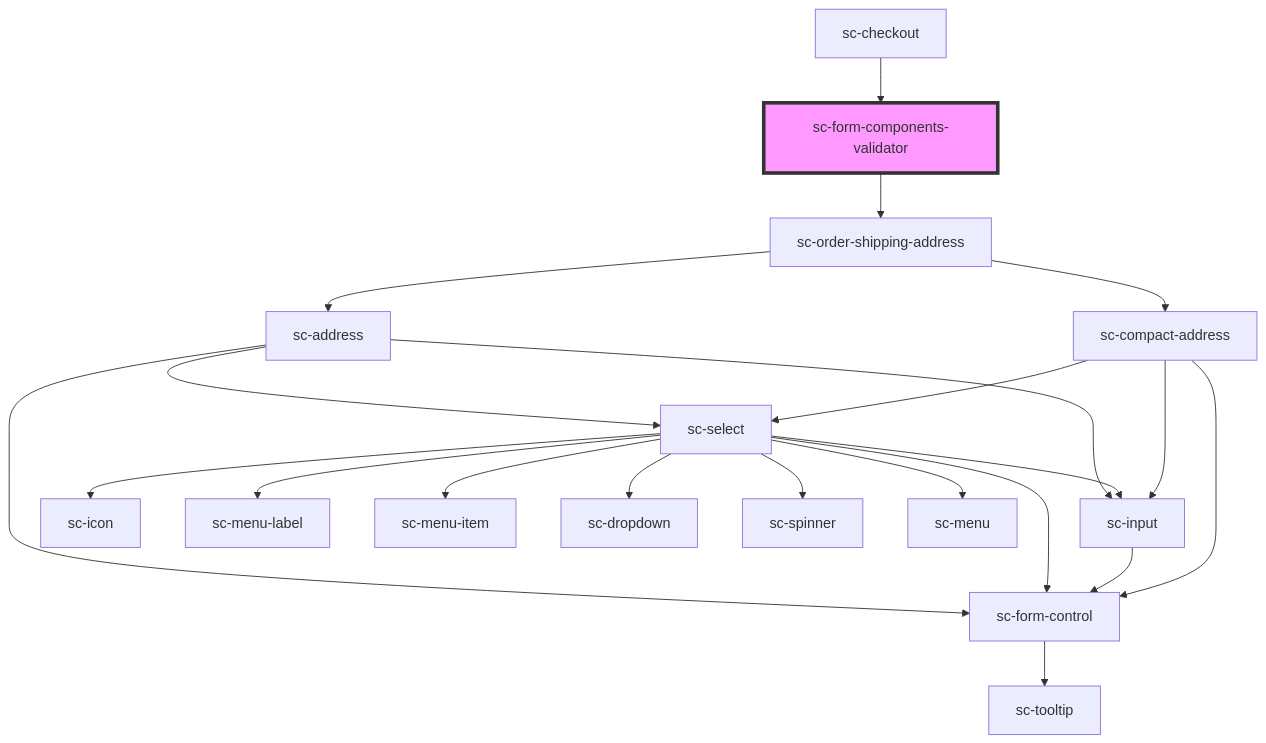
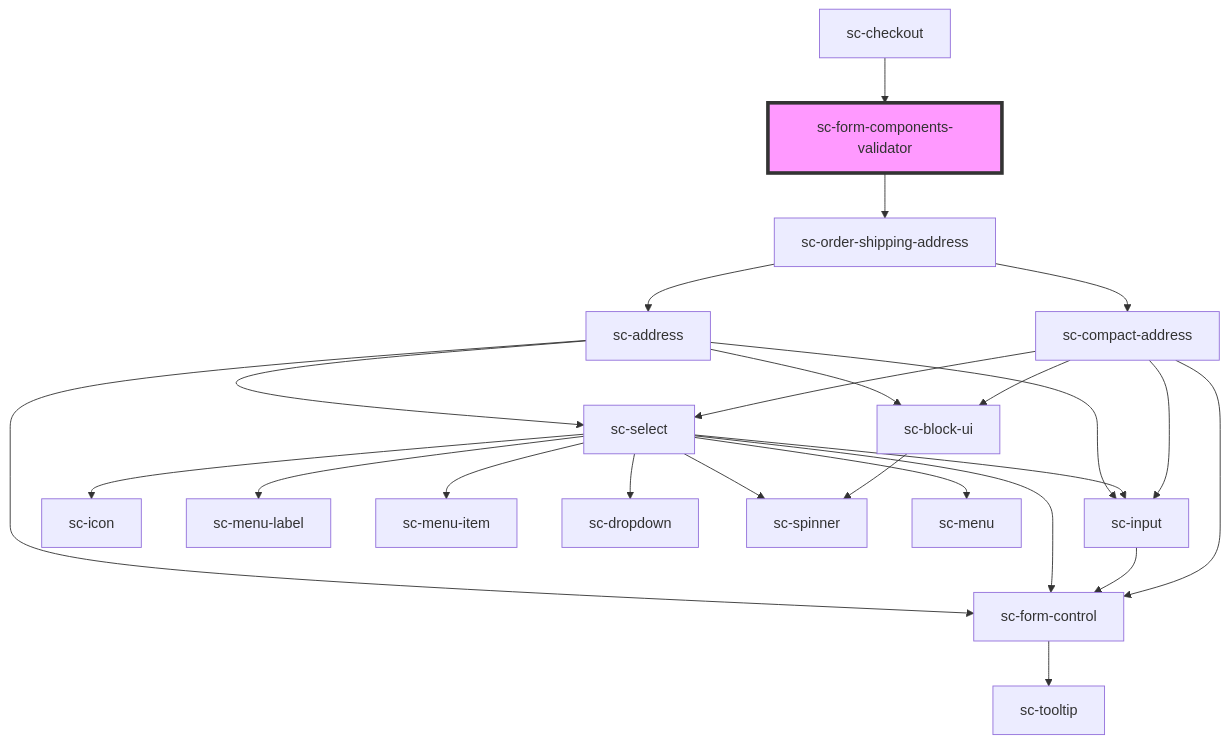
The diagram in packages/components/src/components/providers/form-components-validator/readme.md (surecart/surecart-wp-plugin), drawn with Mermaid before and after one commit. The commit also changed 13 other files, not shown here.

````diff
--- a/packages/components/src/components/providers/form-components-validator/readme.md
+++ b/packages/components/src/components/providers/form-components-validator/readme.md
@@ -28,24 +28,27 @@
 ```mermaid
 graph TD;
   sc-form-components-validator --> sc-order-shipping-address
   sc-order-shipping-address --> sc-address
   sc-order-shipping-address --> sc-compact-address
   sc-address --> sc-form-control
   sc-address --> sc-select
   sc-address --> sc-input
+  sc-address --> sc-block-ui
   sc-form-control --> sc-tooltip
   sc-select --> sc-icon
   sc-select --> sc-menu-label
   sc-select --> sc-menu-item
   sc-select --> sc-form-control
   sc-select --> sc-dropdown
   sc-select --> sc-input
   sc-select --> sc-spinner
   sc-select --> sc-menu
   sc-input --> sc-form-control
+  sc-block-ui --> sc-spinner
   sc-compact-address --> sc-form-control
   sc-compact-address --> sc-select
   sc-compact-address --> sc-input
+  sc-compact-address --> sc-block-ui
   sc-checkout --> sc-form-components-validator
   style sc-form-components-validator fill:#f9f,stroke:#333,stroke-width:4px
 ```
````
